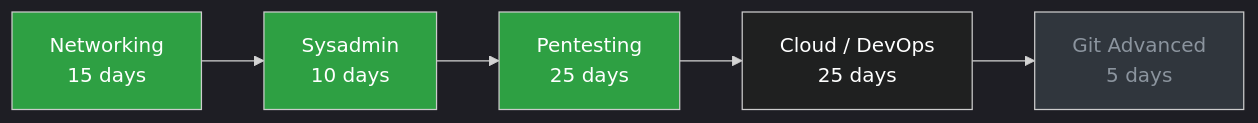
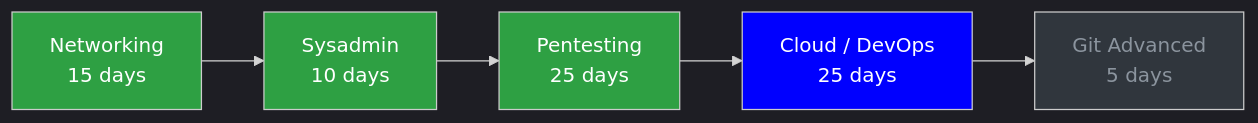
The second of 2 diagrams in README.md (Jeetendra-sanatani/tools-journal), drawn with Mermaid before and after one commit.

````diff
--- a/README.md
+++ b/README.md
@@ -63,14 +63,14 @@
 ```mermaid
 %%{init: {'theme':'dark'}}%%
 flowchart LR
     A[Networking<br/>15 days] --> B[Sysadmin<br/>10 days]
     B --> C[Pentesting<br/>25 days]
     C --> D[Cloud / DevOps<br/>25 days]
     D --> E[Git Advanced<br/>5 days]
 
     style A fill:#2ea043,color:#fff
     style B fill:#2ea043,color:#fff
     style C fill:#2ea043,color:#fff
-    style D fill:##7DF9FF,color:#fff
+    style D fill:#0000FF,color:#fff
     style E fill:#30363d,color:#8b949e
 ```
````
